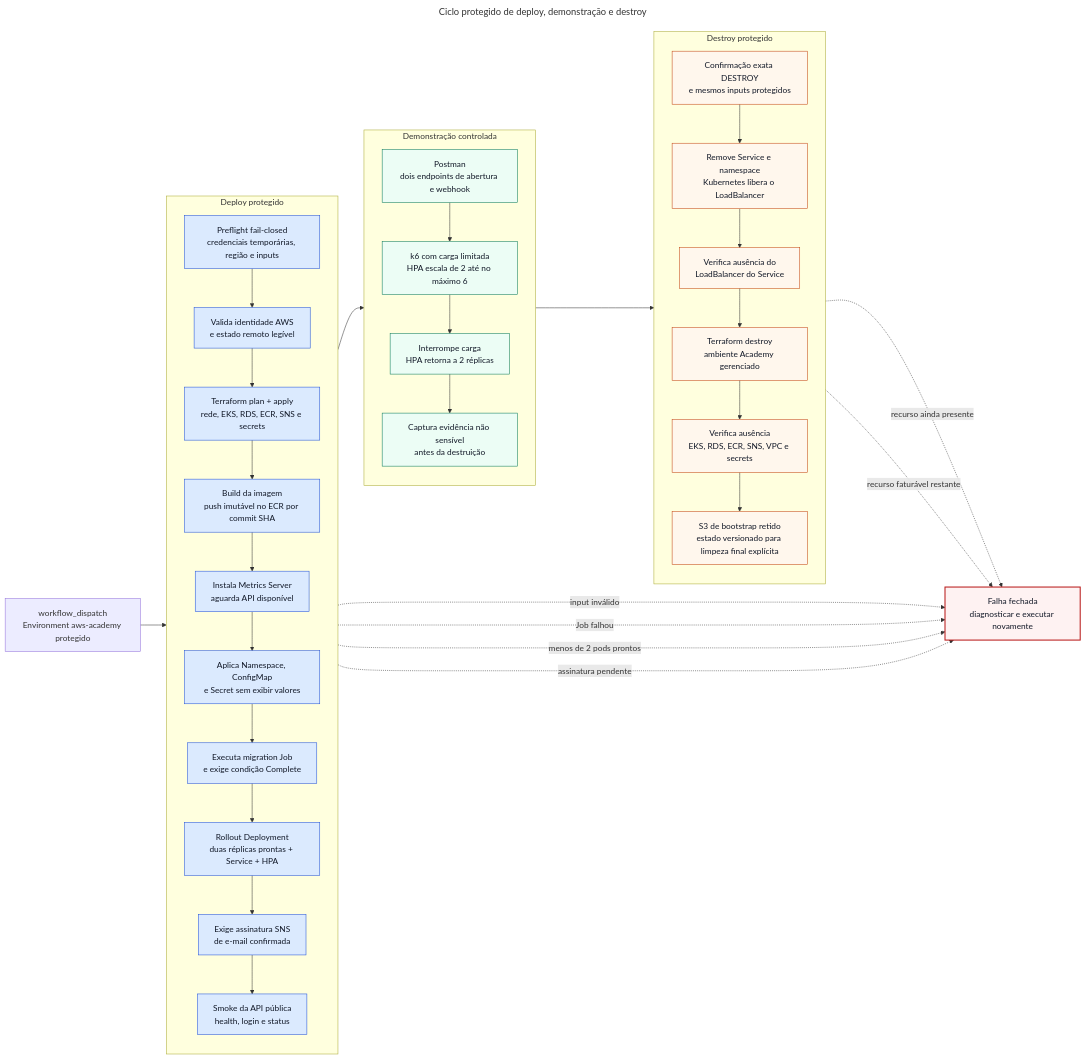
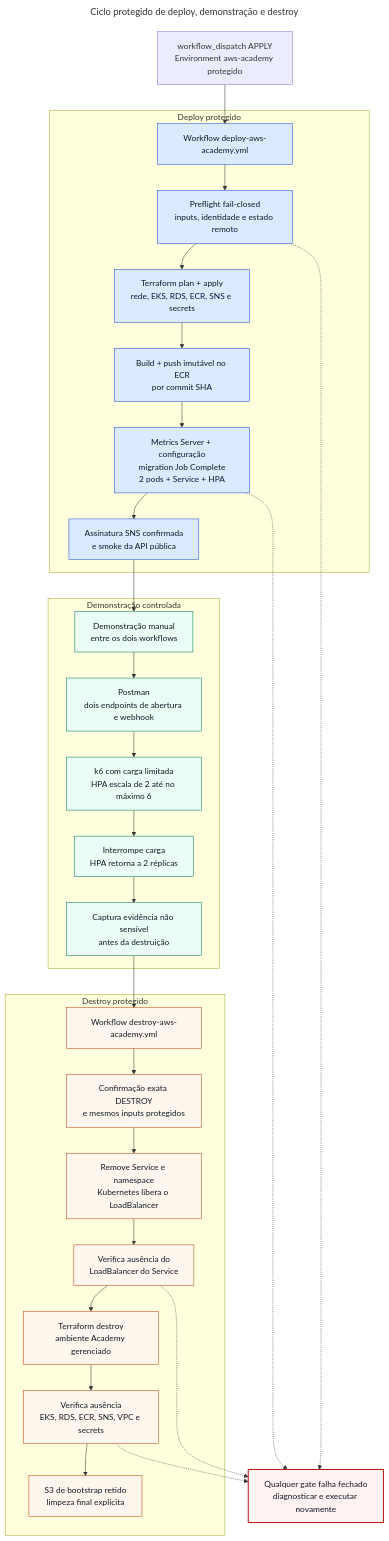
Before and after one commit to DiegoRugue/GarageFlow: the diagram in docs/architecture/diagrams/source/deployment-flow.mmd, drawn with Mermaid. The commit also changed 18 other files, not shown here.

Commit message:
fix(docs): correct Phase 2 diagram semantics

```diff
--- a/docs/architecture/diagrams/source/deployment-flow.mmd
+++ b/docs/architecture/diagrams/source/deployment-flow.mmd
@@ -1,58 +1,54 @@
 ---
 title: Ciclo protegido de deploy, demonstração e destroy
 ---
-flowchart LR
-    Start["workflow_dispatch<br/>Environment aws-academy protegido"]
+flowchart TB
+    Start["workflow_dispatch APPLY<br/>Environment aws-academy protegido"]
 
     subgraph Deploy["Deploy protegido"]
-        direction TB
-        Preflight["Preflight fail-closed<br/>credenciais temporárias, região e inputs"]
-        Identity["Valida identidade AWS<br/>e estado remoto legível"]
+        DeployWorkflow["Workflow deploy-aws-academy.yml"]
+        Preflight["Preflight fail-closed<br/>inputs, identidade e estado remoto"]
         Terraform["Terraform plan + apply<br/>rede, EKS, RDS, ECR, SNS e secrets"]
-        Image["Build da imagem<br/>push imutável no ECR por commit SHA"]
-        Metrics["Instala Metrics Server<br/>aguarda API disponível"]
-        Config["Aplica Namespace, ConfigMap<br/>e Secret sem exibir valores"]
-        Migration["Executa migration Job<br/>e exige condição Complete"]
-        Rollout["Rollout Deployment<br/>duas réplicas prontas + Service + HPA"]
-        Confirm["Exige assinatura SNS<br/>de e-mail confirmada"]
-        Smoke["Smoke da API pública<br/>health, login e status"]
+        Image["Build + push imutável no ECR<br/>por commit SHA"]
+        Runtime["Metrics Server + configuração<br/>migration Job Complete<br/>2 pods + Service + HPA"]
+        Smoke["Assinatura SNS confirmada<br/>e smoke da API pública"]
+        DeployWorkflow --> Preflight --> Terraform --> Image --> Runtime --> Smoke
     end
 
     subgraph Demo["Demonstração controlada"]
-        direction TB
+        ManualDemo["Demonstração manual<br/>entre os dois workflows"]
         ApiDemo["Postman<br/>dois endpoints de abertura e webhook"]
         Load["k6 com carga limitada<br/>HPA escala de 2 até no máximo 6"]
         Recover["Interrompe carga<br/>HPA retorna a 2 réplicas"]
         Evidence["Captura evidência não sensível<br/>antes da destruição"]
+        ManualDemo --> ApiDemo --> Load --> Recover --> Evidence
     end
 
     subgraph Destroy["Destroy protegido"]
-        direction TB
+        DestroyWorkflow["Workflow destroy-aws-academy.yml"]
         ConfirmDestroy["Confirmação exata DESTROY<br/>e mesmos inputs protegidos"]
         KubeDelete["Remove Service e namespace<br/>Kubernetes libera o LoadBalancer"]
         WaitLb["Verifica ausência do<br/>LoadBalancer do Service"]
         TfDestroy["Terraform destroy<br/>ambiente Academy gerenciado"]
         Verify["Verifica ausência<br/>EKS, RDS, ECR, SNS, VPC e secrets"]
-        Retained["S3 de bootstrap retido<br/>estado versionado para limpeza final explícita"]
+        Retained["S3 de bootstrap retido<br/>limpeza final explícita"]
+        DestroyWorkflow --> ConfirmDestroy --> KubeDelete --> WaitLb --> TfDestroy --> Verify --> Retained
     end
 
-    Failure["Falha fechada<br/>diagnosticar e executar novamente"]
+    Failure["Qualquer gate falha fechado<br/>diagnosticar e executar novamente"]
 
-    Start --> Preflight --> Identity --> Terraform --> Image --> Metrics --> Config --> Migration --> Rollout --> Confirm --> Smoke
-    Smoke --> ApiDemo --> Load --> Recover --> Evidence --> ConfirmDestroy
-    ConfirmDestroy --> KubeDelete --> WaitLb --> TfDestroy --> Verify --> Retained
-    Preflight -.->|"input inválido"| Failure
-    Migration -.->|"Job falhou"| Failure
-    Rollout -.->|"menos de 2 pods prontos"| Failure
-    Confirm -.->|"assinatura pendente"| Failure
-    WaitLb -.->|"recurso ainda presente"| Failure
-    Verify -.->|"recurso faturável restante"| Failure
+    Start --> DeployWorkflow
+    Smoke --> ManualDemo
+    Evidence --> DestroyWorkflow
+    Preflight -.-> Failure
+    Runtime -.-> Failure
+    WaitLb -.-> Failure
+    Verify -.-> Failure
 
     classDef deploy fill:#dbeafe,stroke:#1d4ed8,color:#111827;
     classDef demo fill:#ecfdf5,stroke:#047857,color:#111827;
     classDef destroy fill:#fff7ed,stroke:#c2410c,color:#111827;
     classDef failure fill:#fef2f2,stroke:#b91c1c,color:#111827,stroke-width:2px;
-    class Preflight,Identity,Terraform,Image,Metrics,Config,Migration,Rollout,Confirm,Smoke deploy;
-    class ApiDemo,Load,Recover,Evidence demo;
-    class ConfirmDestroy,KubeDelete,WaitLb,TfDestroy,Verify,Retained destroy;
+    class DeployWorkflow,Preflight,Terraform,Image,Runtime,Smoke deploy;
+    class ManualDemo,ApiDemo,Load,Recover,Evidence demo;
+    class DestroyWorkflow,ConfirmDestroy,KubeDelete,WaitLb,TfDestroy,Verify,Retained destroy;
     class Failure failure;
```
